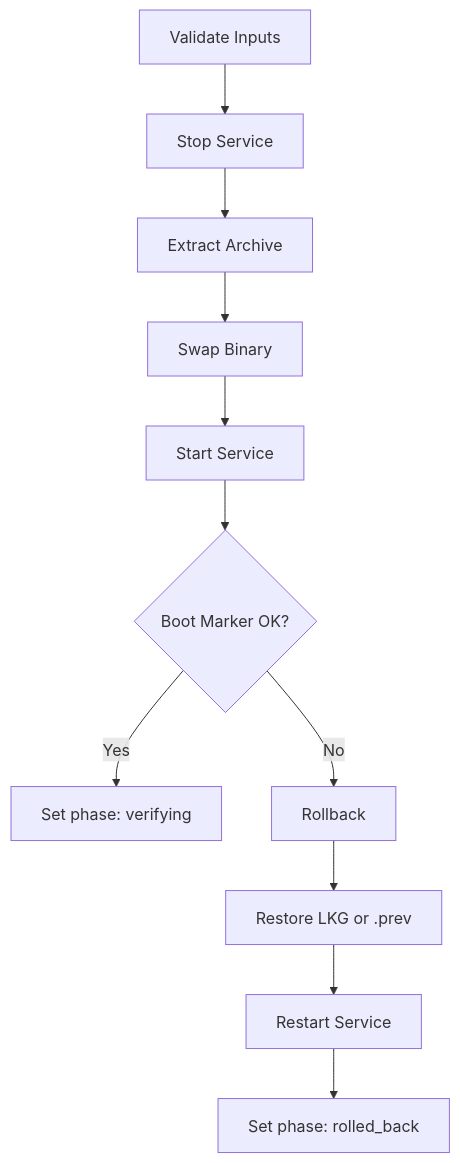
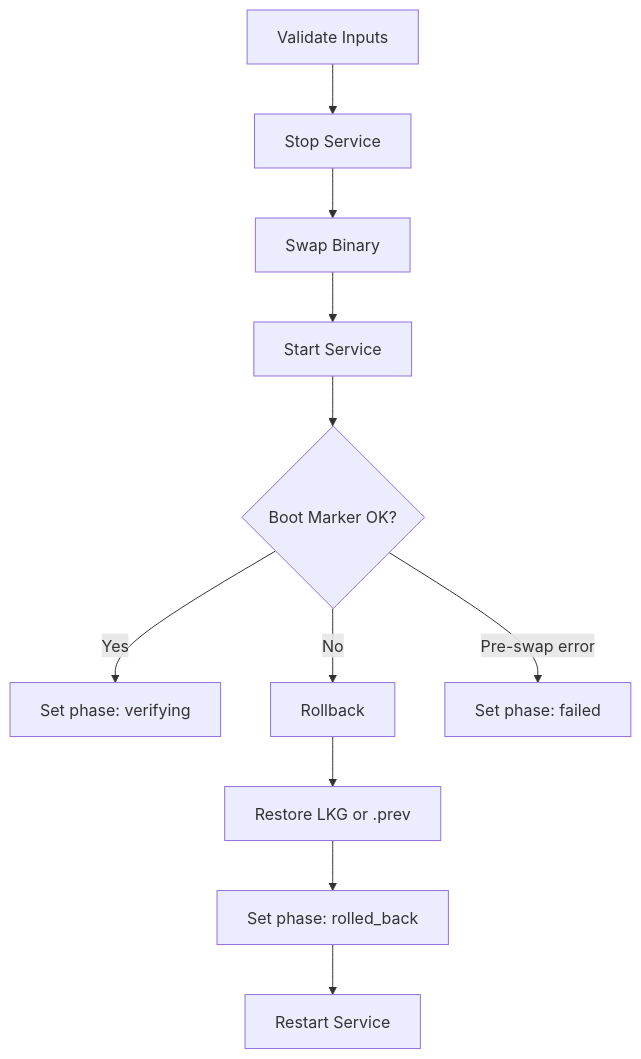
The diagram in clients/openframe-client/src/platform/update_scripts/.windows.md (flamingo-stack/openframe-oss-lib), drawn with Mermaid before and after one commit. The commit also changed other lines of this file and 15 other files, not shown here.

````diff
--- a/clients/openframe-client/src/platform/update_scripts/.windows.md
+++ b/clients/openframe-client/src/platform/update_scripts/.windows.md
@@ -46,13 +46,13 @@
 ```mermaid
 graph TD
     A[Validate Inputs] --> B[Stop Service]
-    B --> C[Extract Archive]
-    C --> D[Swap Binary]
+    B --> D[Swap Binary]
     D --> E[Start Service]
     E --> F{Boot Marker OK?}
     F -->|Yes| G[Set phase: verifying]
     F -->|No| H[Rollback]
     H --> I[Restore LKG or .prev]
-    I --> J[Restart Service]
-    J --> K[Set phase: rolled_back]
+    I --> J[Set phase: rolled_back]
+    J --> K[Restart Service]
+    F -->|Pre-swap error| L[Set phase: failed]
 ```
````
